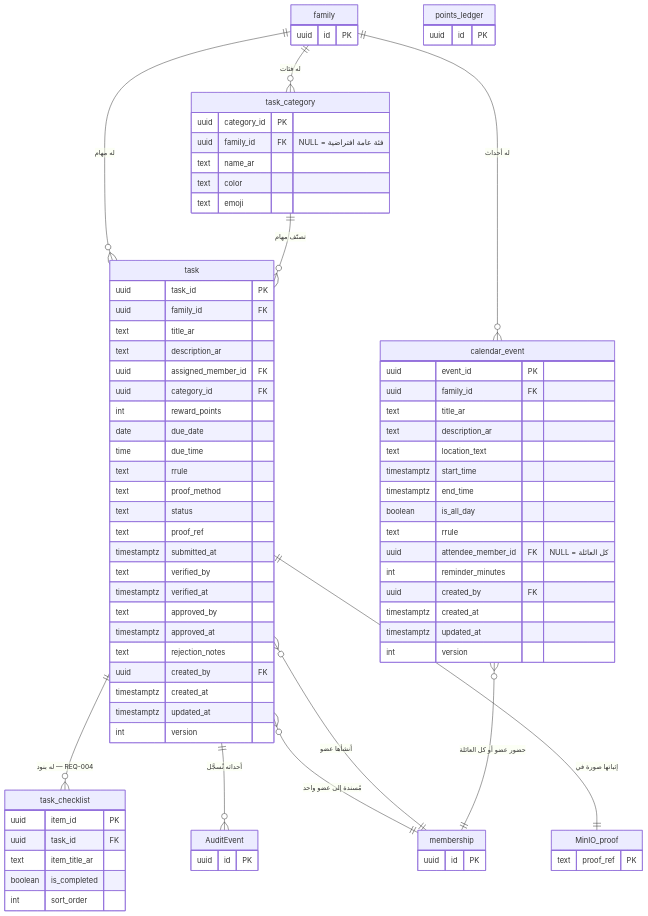
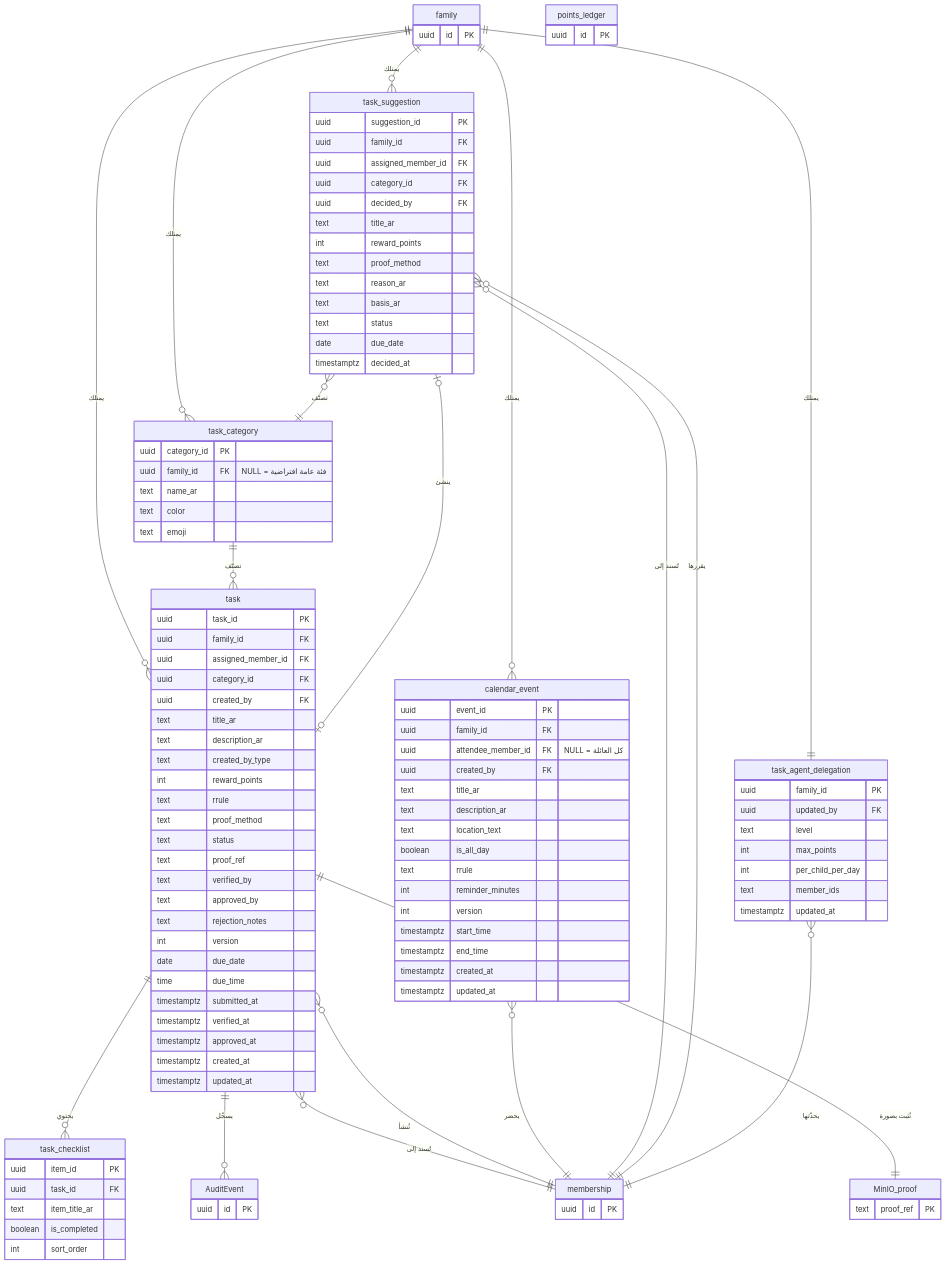
One commit to Bassam-mohammed-alqaeadi/family-os-v2 changed the third of 22 diagrams in docs/family-os/governance/phases/phase-1/S1-06-tasks-and-calendar/DIAGRAMS.md. Above: the diagram before and after it, drawn with Mermaid. The commit also changed other lines of this file, not shown here.

First line of the commit message:
Q-434 S1-06: content (REQ-018, Q-415/Q-419) + shape (13→22 blocks)

````diff
--- a/docs/family-os/governance/phases/phase-1/S1-06-tasks-and-calendar/DIAGRAMS.md
+++ b/docs/family-os/governance/phases/phase-1/S1-06-tasks-and-calendar/DIAGRAMS.md
@@ -87,40 +128,48 @@
 ```mermaid
 erDiagram
-    family ||--o{ task : "له مهام"
-    family ||--o{ task_category : "له فئات"
-    family ||--o{ calendar_event : "له أحداث"
-    task_category ||--o{ task : "تصنّف مهام"
-    task ||--o{ task_checklist : "له بنود — REQ-004"
-    task ||--o{ AuditEvent : "أحداثه تُسجَّل"
-    task }o--|| membership : "مُسندة إلى عضو واحد"
-    task }o--|| membership : "أنشأها عضو"
-    calendar_event }o--|| membership : "حضور عضو أو كل العائلة"
-    task ||--|| MinIO_proof : "إثباتها صورة في"
+    family ||--o{ task : "يمتلك"
+    family ||--o{ task_category : "يمتلك"
+    family ||--o{ calendar_event : "يمتلك"
+    family ||--o{ task_suggestion : "يمتلك"
+    family ||--|| task_agent_delegation : "يمتلك"
+    task_category ||--o{ task : "تصنّف"
+    task ||--o{ task_checklist : "يحتوي"
+    task ||--o{ AuditEvent : "يسجّل"
+    task }o--|| membership : "تُسند إلى"
+    task }o--|| membership : "تُنشأ"
+    calendar_event }o--|| membership : "يحضر"
+    task ||--|| MinIO_proof : "تُثبت بصورة"
+    task_suggestion }o--|| membership : "تُسند إلى"
+    task_suggestion }o--|| membership : "يقررها"
+    task_suggestion }o--|| task_category : "تصنّف"
+    task_suggestion |o--o| task : "ينشئ"
+    task_agent_delegation }o--|| membership : "يحدّثها"
 
     task {
         uuid task_id PK
         uuid family_id FK
+        uuid assigned_member_id FK
+        uuid category_id FK
+        uuid created_by FK
         text title_ar
         text description_ar
-        uuid assigned_member_id FK
-        uuid category_id FK
+        text created_by_type
         int reward_points
-        date due_date
-        time due_time
         text rrule
         text proof_method
         text status
         text proof_ref
+        text verified_by
+        text approved_by
+        text rejection_notes
+        int version
+        date due_date
+        time due_time
         timestamptz submitted_at
-        text verified_by
         timestamptz verified_at
-        text approved_by
         timestamptz approved_at
-        text rejection_notes
-        uuid created_by FK
         timestamptz created_at
         timestamptz updated_at
-        int version
     }
     %% REQ-004: بنود قائمة فحص فرعية
     task_checklist {
@@ -140,19 +189,43 @@
     calendar_event {
         uuid event_id PK
         uuid family_id FK
+        uuid attendee_member_id FK "NULL = كل العائلة"
+        uuid created_by FK
         text title_ar
         text description_ar
         text location_text
+        boolean is_all_day
+        text rrule
+        int reminder_minutes
+        int version
         timestamptz start_time
         timestamptz end_time
-        boolean is_all_day
-        text rrule
-        uuid attendee_member_id FK "NULL = كل العائلة"
-        int reminder_minutes
-        uuid created_by FK
         timestamptz created_at
         timestamptz updated_at
-        int version
+    }
+    task_suggestion {
+        uuid suggestion_id PK
+        uuid family_id FK
+        uuid assigned_member_id FK
+        uuid category_id FK
+        uuid decided_by FK
+        text title_ar
+        int reward_points
+        text proof_method
+        text reason_ar
+        text basis_ar
+        text status
+        date due_date
+        timestamptz decided_at
+    }
+    task_agent_delegation {
+        uuid family_id PK
+        uuid updated_by FK
+        text level
+        int max_points
+        int per_child_per_day
+        text member_ids
+        timestamptz updated_at
     }
     family {
         uuid id PK
````
